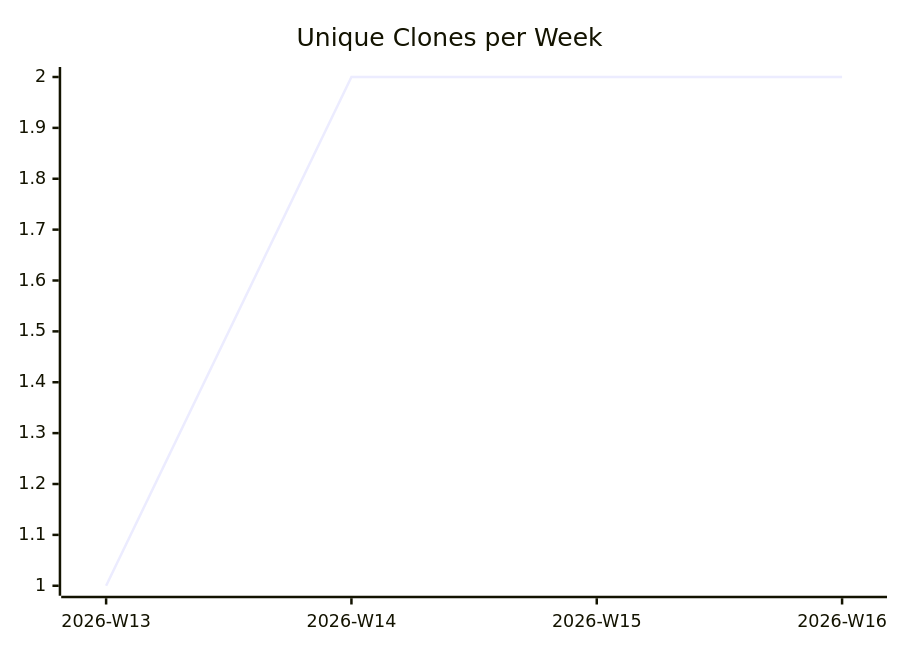
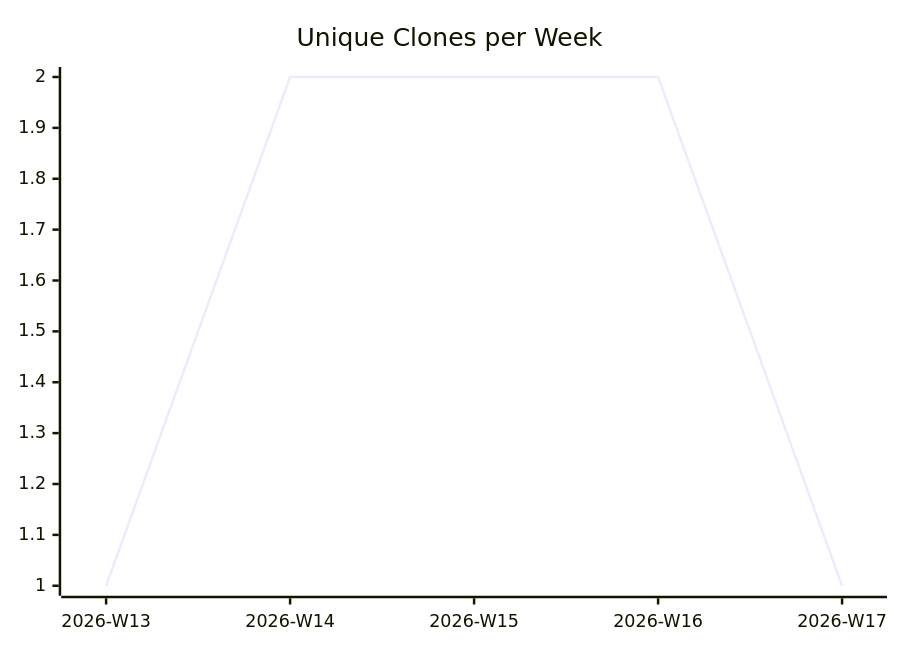
Before and after one commit to justdavis-family/github-analytics-data: the third of 3 diagrams in karlmdavis/hello-rust-actix/README.md, drawn with Mermaid. The commit also changed other lines of this file and 192 other files, not shown here.

````diff
--- a/karlmdavis/hello-rust-actix/README.md
+++ b/karlmdavis/hello-rust-actix/README.md
@@ -19,6 +19,6 @@
 ```mermaid
 xychart-beta
   title "Unique Clones per Week"
-  x-axis ["2026-W13", "2026-W14", "2026-W15", "2026-W16"]
-  line [1, 2, 2, 2]
+  x-axis ["2026-W13", "2026-W14", "2026-W15", "2026-W16", "2026-W17"]
+  line [1, 2, 2, 2, 1]
 ```
````
